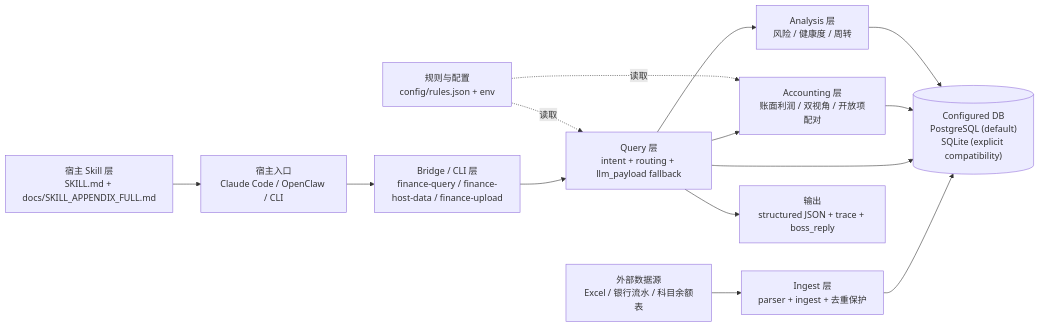
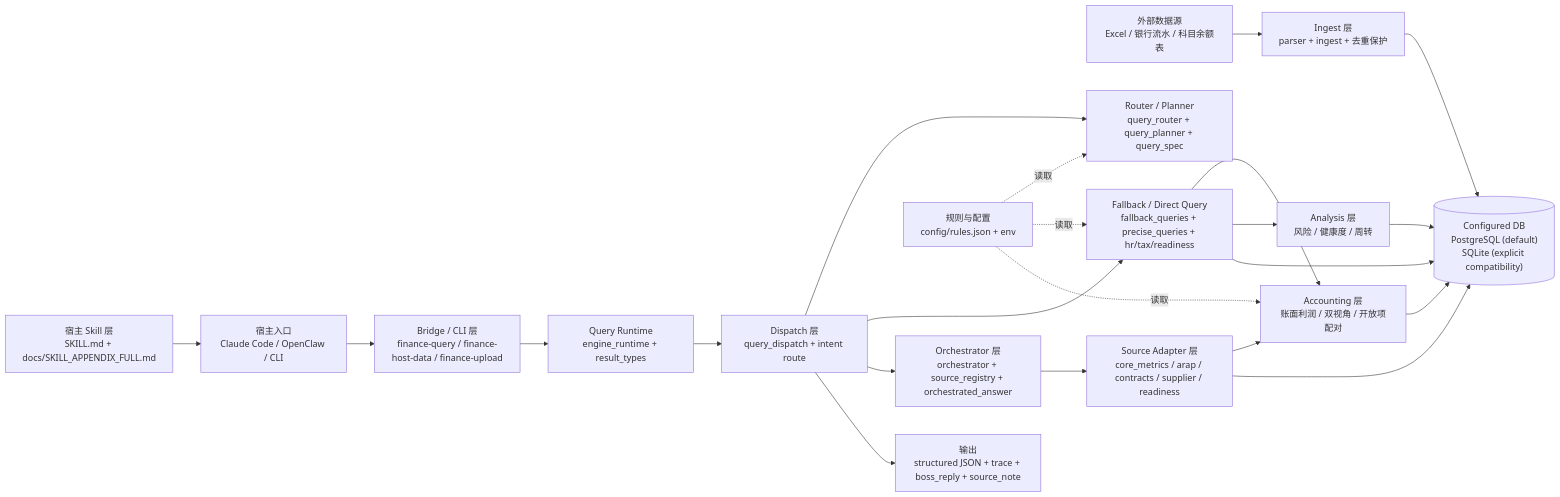
One commit to Asklear/finance_qa changed the diagram in docs/architecture/01-layered-architecture.md. Above: the diagram before and after it, drawn with Mermaid. The commit also changed other lines of this file and 195 other files, not shown here.

Commit message:
Refactor query orchestration and source attribution

````diff
--- a/docs/architecture/01-layered-architecture.md
+++ b/docs/architecture/01-layered-architecture.md
@@ -3,20 +3,28 @@
 ```mermaid
 flowchart LR
     A["外部数据源<br/>Excel / 银行流水 / 科目余额表"] --> B["Ingest 层<br/>parser + ingest + 去重保护"]
     B --> C[("Configured DB<br/>PostgreSQL (default)<br/>SQLite (explicit compatibility)")]
 
     S["宿主 Skill 层<br/>SKILL.md + docs/SKILL_APPENDIX_FULL.md"] --> H["宿主入口<br/>Claude Code / OpenClaw / CLI"]
     H --> BR["Bridge / CLI 层<br/>finance-query / finance-host-data / finance-upload"]
-    BR --> Q["Query 层<br/>intent + routing + llm_payload fallback"]
+    BR --> QR["Query Runtime<br/>engine_runtime + result_types"]
+    QR --> QD["Dispatch 层<br/>query_dispatch + intent route"]
+    QD --> QRP["Router / Planner<br/>query_router + query_planner + query_spec"]
+    QD --> QFB["Fallback / Direct Query<br/>fallback_queries + precise_queries + hr/tax/readiness"]
+    QD --> QO["Orchestrator 层<br/>orchestrator + source_registry + orchestrated_answer"]
+    QO --> SA["Source Adapter 层<br/>core_metrics / arap / contracts / supplier / readiness"]
 
-    Q --> ACC["Accounting 层<br/>账面利润 / 双视角 / 开放项配对"]
-    Q --> ANA["Analysis 层<br/>风险 / 健康度 / 周转"]
-    Q --> C
+    SA --> ACC["Accounting 层<br/>账面利润 / 双视角 / 开放项配对"]
+    QFB --> ACC
+    QFB --> ANA["Analysis 层<br/>风险 / 健康度 / 周转"]
+    SA --> C
+    QFB --> C
     ACC --> C
     ANA --> C
 
-    CFG["规则与配置<br/>config/rules.json + env"] -.读取.-> Q
+    CFG["规则与配置<br/>config/rules.json + env"] -.读取.-> QRP
+    CFG -.读取.-> QFB
     CFG -.读取.-> ACC
 
-    Q --> O["输出<br/>structured JSON + trace + boss_reply"]
+    QD --> O["输出<br/>structured JSON + trace + boss_reply + source_note"]
 ```
````
